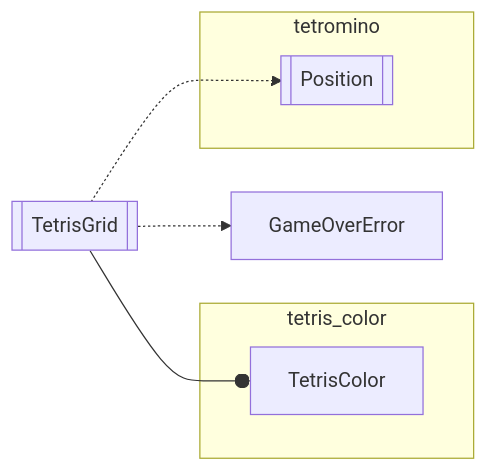
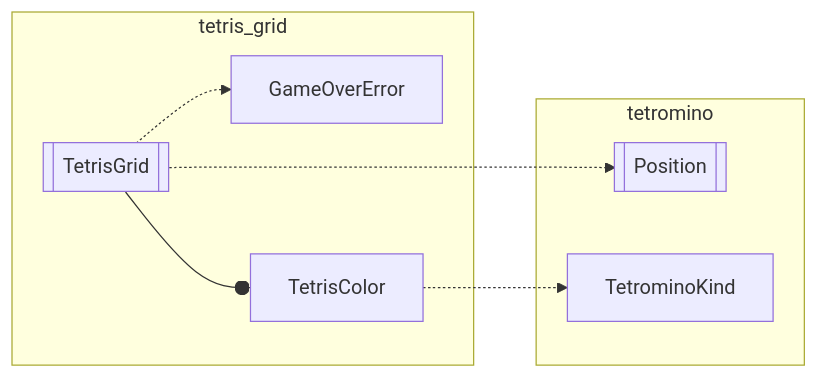
The diagram in tetris_core/src/tetris_grid.mmd (inesvar/tetris), drawn with Mermaid before and after one commit. The commit also changed 12 other files, not shown here.

```diff
--- a/tetris_core/src/tetris_grid.mmd
+++ b/tetris_core/src/tetris_grid.mmd
@@ -1,18 +1,18 @@
 graph LR
     %% objects
     TetrisGrid[[TetrisGrid]]
     GameOverError[GameOverError]
     TetrisColor[TetrisColor]
     Position[[Position]]
 
-    subgraph tetris_color
-        TetrisColor
-    end
-
     subgraph tetromino
+        TetrominoKind
         Position
     end
 
-    TetrisGrid --o TetrisColor
-    TetrisGrid -.-> GameOverError
-    TetrisGrid -.-> Position
+    subgraph tetris_grid
+        TetrisGrid --o TetrisColor
+        TetrisGrid -.-> GameOverError
+        TetrisGrid -.-> Position
+        TetrisColor -.-> TetrominoKind
+    end
```
